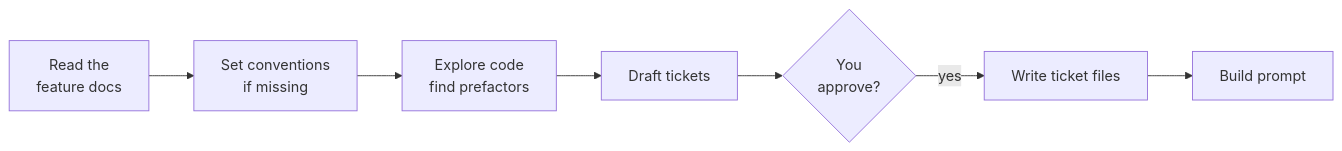
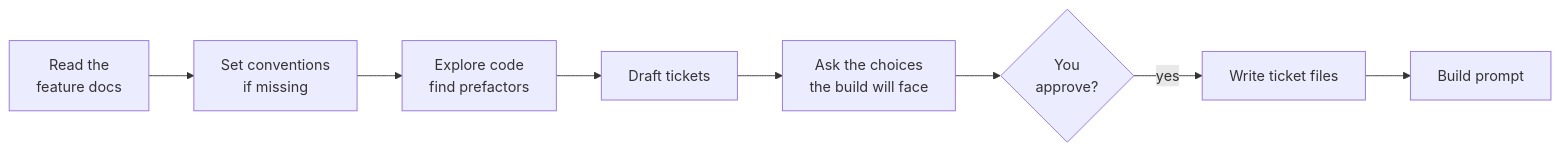
The fourth of 9 diagrams in docs/flow.md (mousemouse094526/kiki-kit), drawn with Mermaid before and after one commit. The commit also changed other lines of this file and 7 other files, not shown here.

````diff
--- a/docs/flow.md
+++ b/docs/flow.md
@@ -140,13 +142,14 @@
 ```mermaid
 flowchart LR
     C["Read the<br/>feature docs"]
     CV["Set conventions<br/>if missing"]
     EX["Explore code<br/>find prefactors"]
     DR["Draft tickets"]
+    CH["Ask the choices<br/>the build will face"]
     Q{"You<br/>approve?"}
     WR["Write ticket files"]
     BP["Build prompt"]
 
-    C --> CV --> EX --> DR --> Q
+    C --> CV --> EX --> DR --> CH --> Q
     Q -->|yes| WR --> BP
 ```
````
